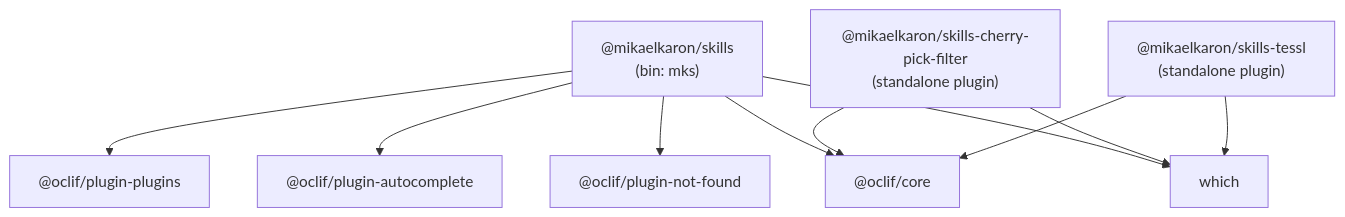
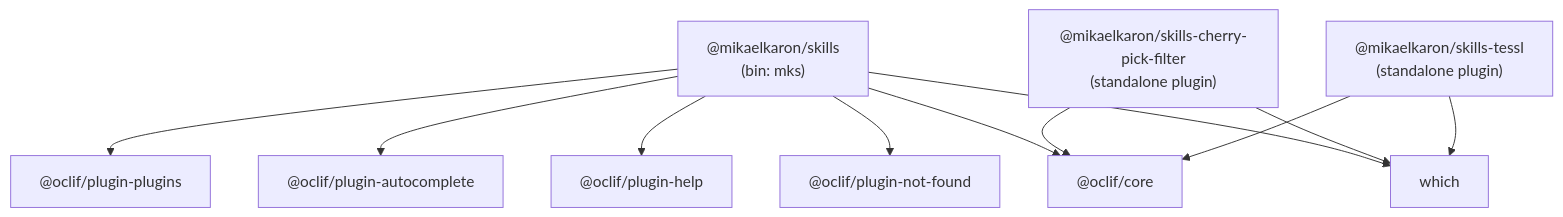
One commit to mikaelkaron/skills changed the first of 3 diagrams in docs/ARCHITECTURE.md. Above: the diagram before and after it, drawn with Mermaid. The commit also changed other lines of this file and 1 other file, not shown here.

Commit message:
docs: add @oclif/plugin-help to architecture and configuration docs, bump cli tile to 0.5.0

````diff
--- a/docs/ARCHITECTURE.md
+++ b/docs/ARCHITECTURE.md
@@ -88,21 +88,23 @@
 ```mermaid
 graph TD
   root["@mikaelkaron/skills\n(bin: mks)"]
   pp["@oclif/plugin-plugins"]
   pac["@oclif/plugin-autocomplete"]
+  ph["@oclif/plugin-help"]
   pnf["@oclif/plugin-not-found"]
   core["@oclif/core"]
   which["which"]
   cpf["@mikaelkaron/skills-cherry-pick-filter\n(standalone plugin)"]
   tessl_pkg["@mikaelkaron/skills-tessl\n(standalone plugin)"]
 
   root --> pp
   root --> pac
+  root --> ph
   root --> pnf
   root --> core
   root --> which
   cpf --> core
   cpf --> which
   tessl_pkg --> core
   tessl_pkg --> which
 ```
````
